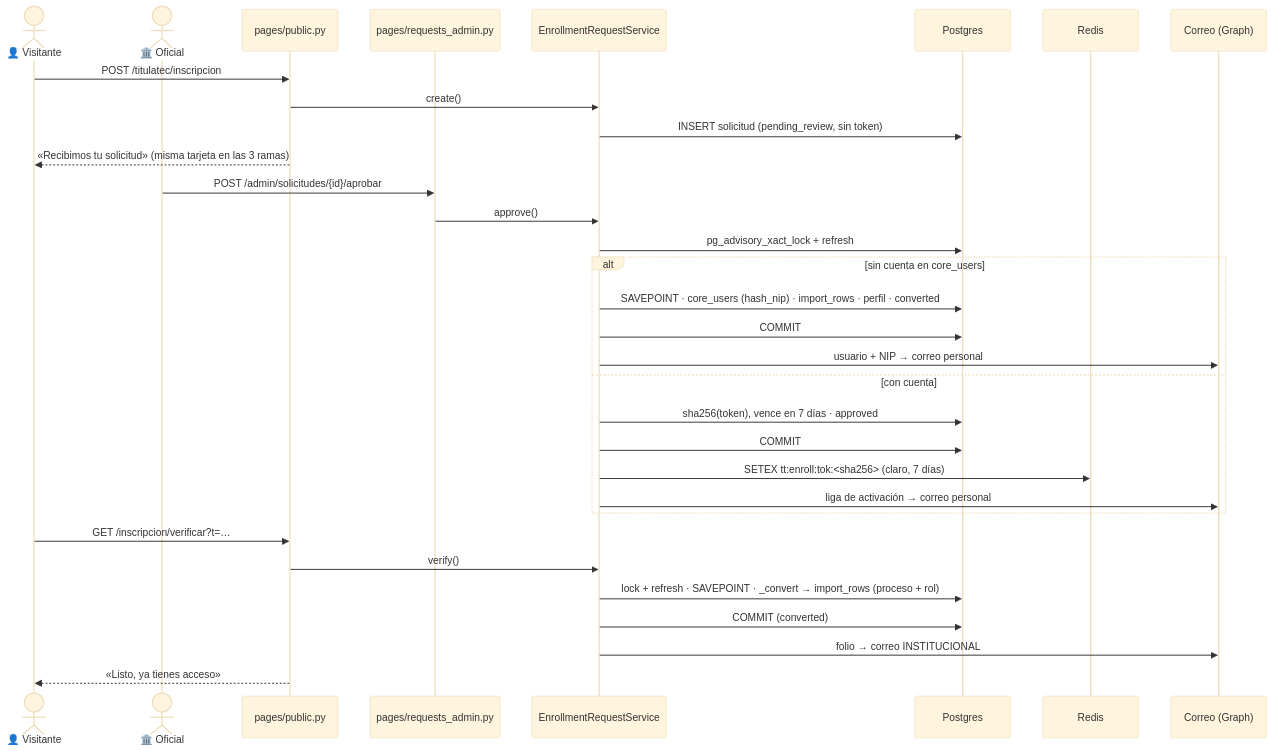
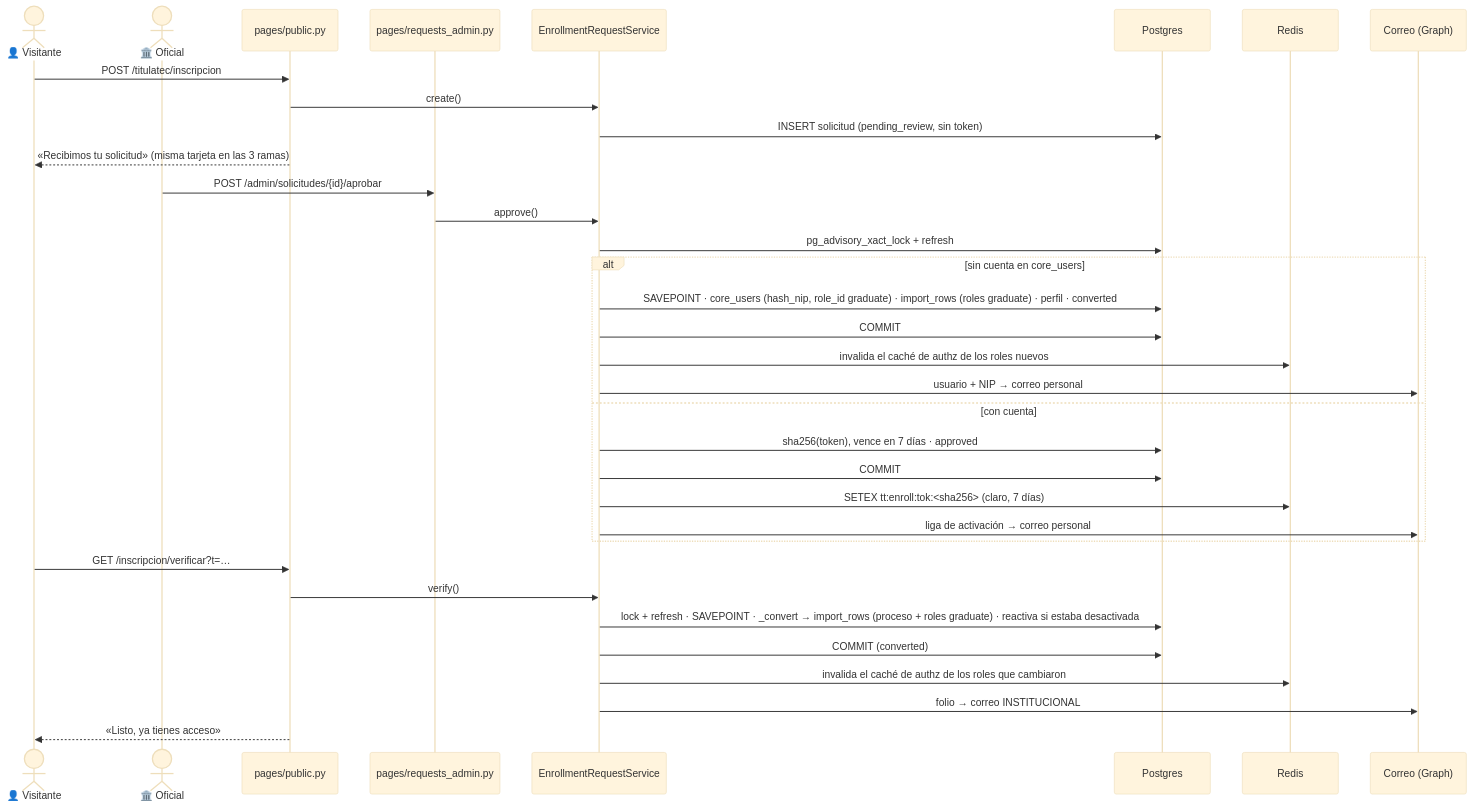
The second of 2 diagrams in itcj2/apps/titulatec/docs/flows/xcut_public_enrollment.md (Erne1357/itcj), drawn with Mermaid (base theme) before and after one commit. The commit also changed other lines of this file and 1 other file, not shown here.

First line of the commit message:
docs(titulatec): inscripcion con rol graduate y reactivacion

````diff
--- a/itcj2/apps/titulatec/docs/flows/xcut_public_enrollment.md
+++ b/itcj2/apps/titulatec/docs/flows/xcut_public_enrollment.md
@@ -66,34 +69,36 @@
 ```mermaid
 sequenceDiagram
     actor V as 👤 Visitante
     actor O as 🏛️ Oficial
     participant P as pages/public.py
     participant B as pages/requests_admin.py
     participant S as EnrollmentRequestService
     participant DB as Postgres
     participant R as Redis
     participant M as Correo (Graph)
     V->>P: POST /titulatec/inscripcion
     P->>S: create()
     S->>DB: INSERT solicitud (pending_review, sin token)
     P-->>V: «Recibimos tu solicitud» (misma tarjeta en las 3 ramas)
     O->>B: POST /admin/solicitudes/{id}/aprobar
     B->>S: approve()
     S->>DB: pg_advisory_xact_lock + refresh
     alt sin cuenta en core_users
-        S->>DB: SAVEPOINT · core_users (hash_nip) · import_rows · perfil · converted
+        S->>DB: SAVEPOINT · core_users (hash_nip, role_id graduate) · import_rows (roles graduate) · perfil · converted
         S->>DB: COMMIT
+        S->>R: invalida el caché de authz de los roles nuevos
         S->>M: usuario + NIP → correo personal
     else con cuenta
         S->>DB: sha256(token), vence en 7 días · approved
         S->>DB: COMMIT
         S->>R: SETEX tt:enroll:tok:<sha256> (claro, 7 días)
         S->>M: liga de activación → correo personal
     end
     V->>P: GET /inscripcion/verificar?t=…
     P->>S: verify()
-    S->>DB: lock + refresh · SAVEPOINT · _convert → import_rows (proceso + rol)
+    S->>DB: lock + refresh · SAVEPOINT · _convert → import_rows (proceso + roles graduate) · reactiva si estaba desactivada
     S->>DB: COMMIT (converted)
+    S->>R: invalida el caché de authz de los roles que cambiaron
     S->>M: folio → correo INSTITUCIONAL
     P-->>V: «Listo, ya tienes acceso»
 ```
````
